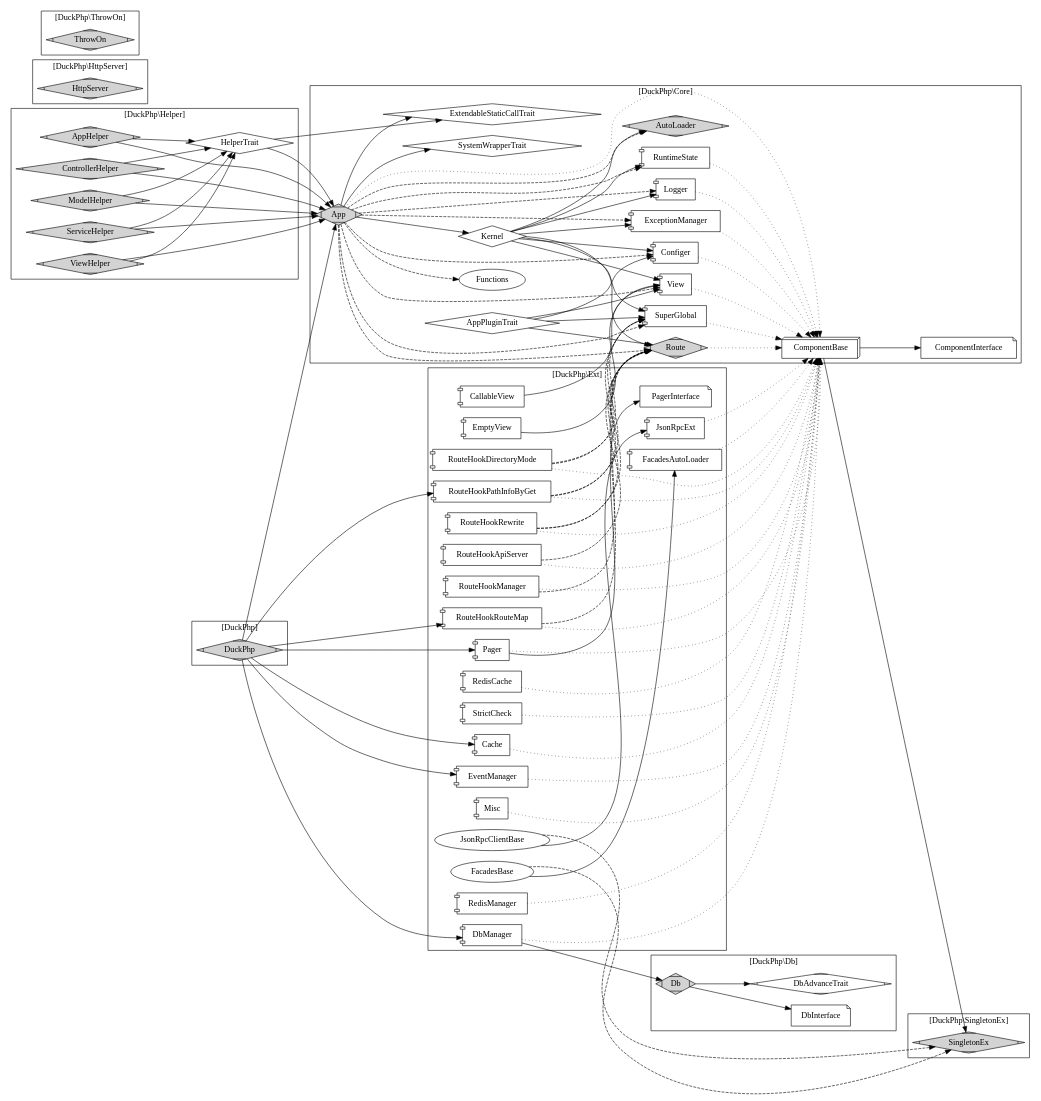
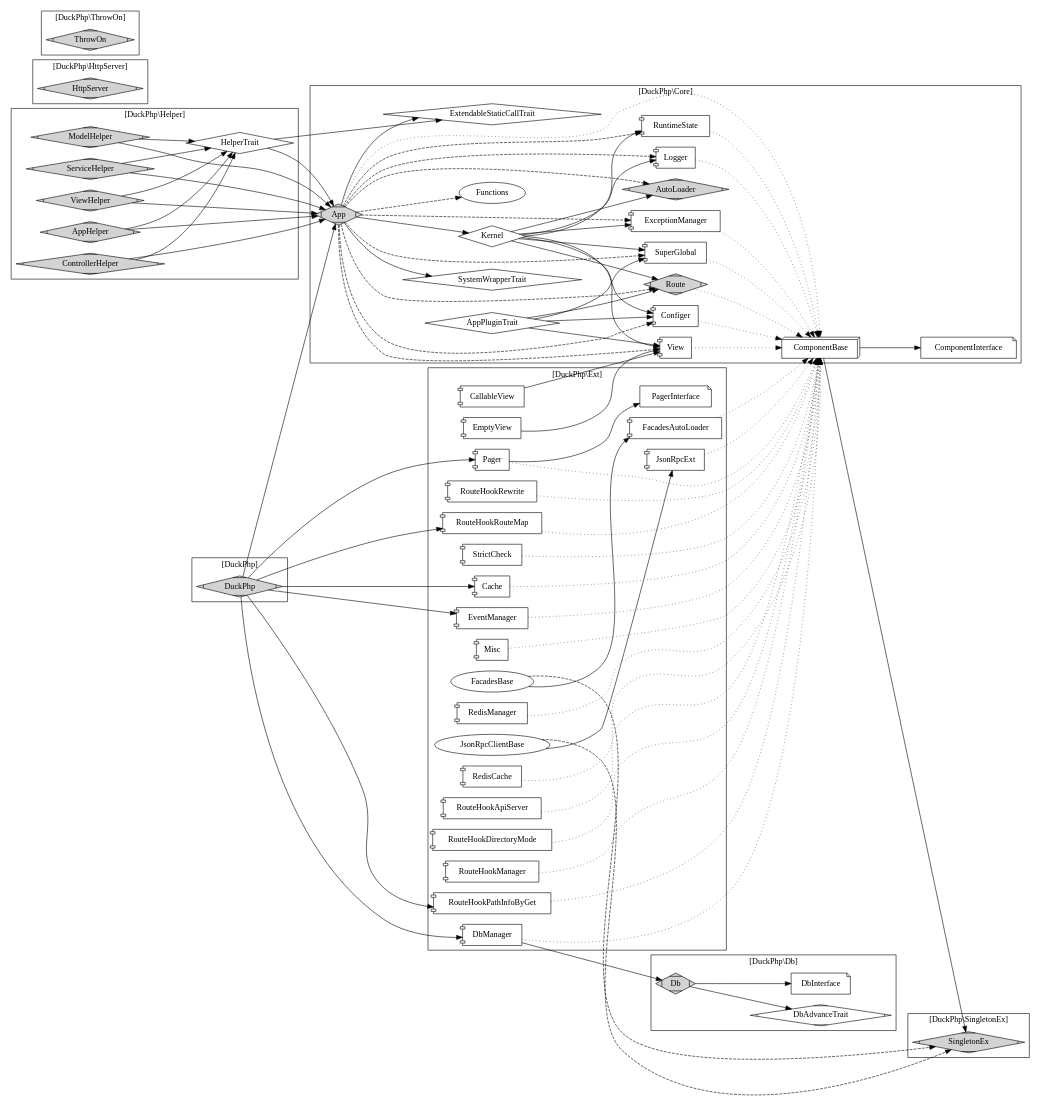
The diagram in doc/duckphp.gv (dvaknheo/duckphp), drawn with Graphviz before and after one commit. The commit also changed 10 other files, not shown here.

Commit message:
App + Route 函数， RouteHook 依赖减少

```diff
--- a/doc/duckphp.gv
+++ b/doc/duckphp.gv
@@ -168,16 +168,6 @@
     JsonRpcClientBase -> SingletonEx [style="dashed"];
 
     Pager -> PagerInterface; 
-    
-    RouteHookApiServer->Core_Route[style="dashed"];
-    RouteHookDirectoryMode->Core_Route[style="dashed"];
-    RouteHookDirectoryMode->Core_SuperGlobal[style="dashed"];
-    RouteHookManager->Core_Route[style="dashed"];
-    RouteHookPathInfoByGet->Core_Route[style="dashed"];
-    RouteHookPathInfoByGet->Core_SuperGlobal[style="dashed"];
-    RouteHookRewrite->Core_Route[style="dashed"];
-    RouteHookRewrite->Core_SuperGlobal[style="dashed"];
-    RouteHookRouteMap->Core_Route[style="dashed"];
 }
 
 subgraph cluster_DuckPhp {
```
